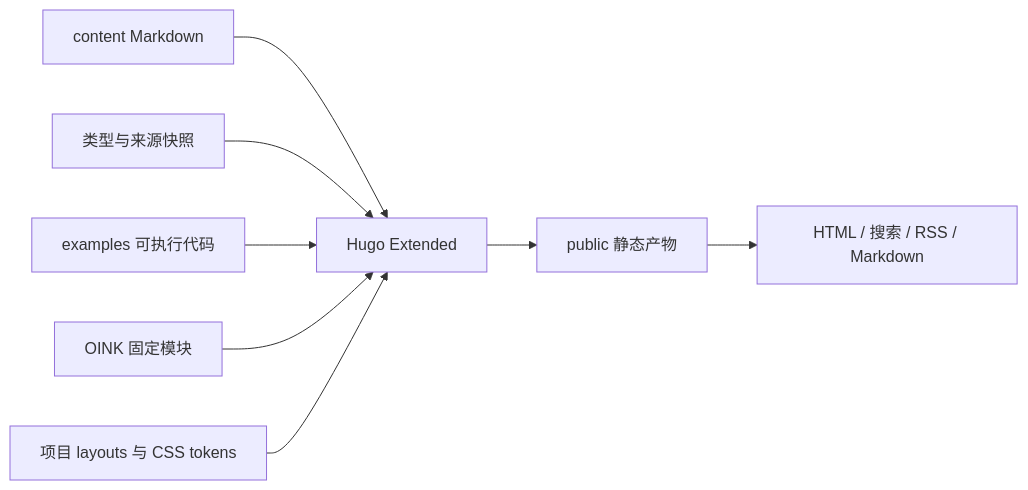
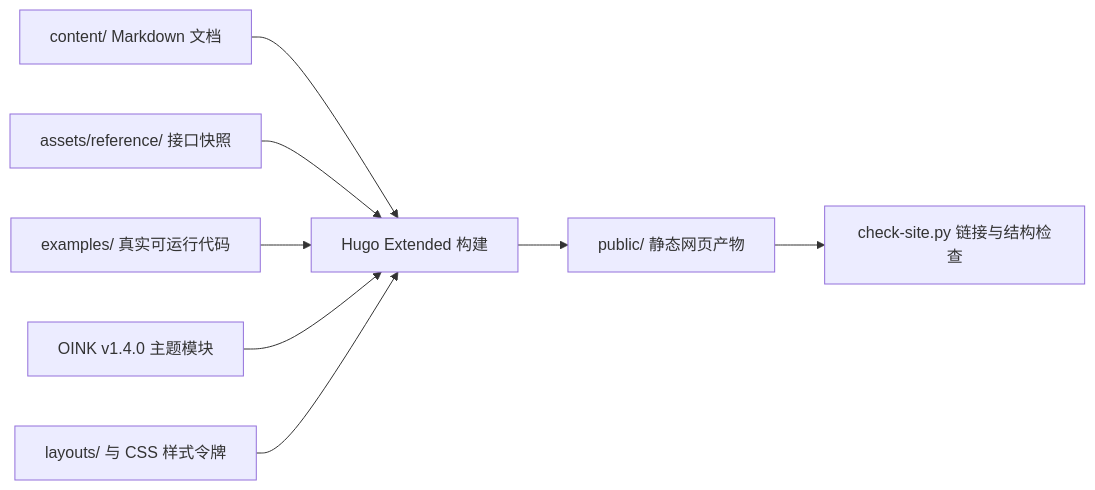
The diagram in content/docs/architecture/website.md (mapseekai/tasklane-web), drawn with Mermaid before and after one commit. The commit also changed other lines of this file and 50 other files, not shown here.

````diff
--- a/content/docs/architecture/website.md
+++ b/content/docs/architecture/website.md
@@ -11,10 +11,10 @@
 ```mermaid
 flowchart LR
-  M[content Markdown] --> H[Hugo Extended]
-  D[类型与来源快照] --> H
-  E[examples 可执行代码] --> H
-  O[OINK 固定模块] --> H
-  L[项目 layouts 与 CSS tokens] --> H
-  H --> P[public 静态产物]
-  P --> C[HTML / 搜索 / RSS / Markdown]
+  M[content/ Markdown 文档] --> H[Hugo Extended 构建]
+  D[assets/reference/ 接口快照] --> H
+  E[examples/ 真实可运行代码] --> H
+  O[OINK v1.4.0 主题模块] --> H
+  L[layouts/ 与 CSS 样式令牌] --> H
+  H --> P[public/ 静态网页产物]
+  P --> C[check-site.py 链接与结构检查]
 ```
````
